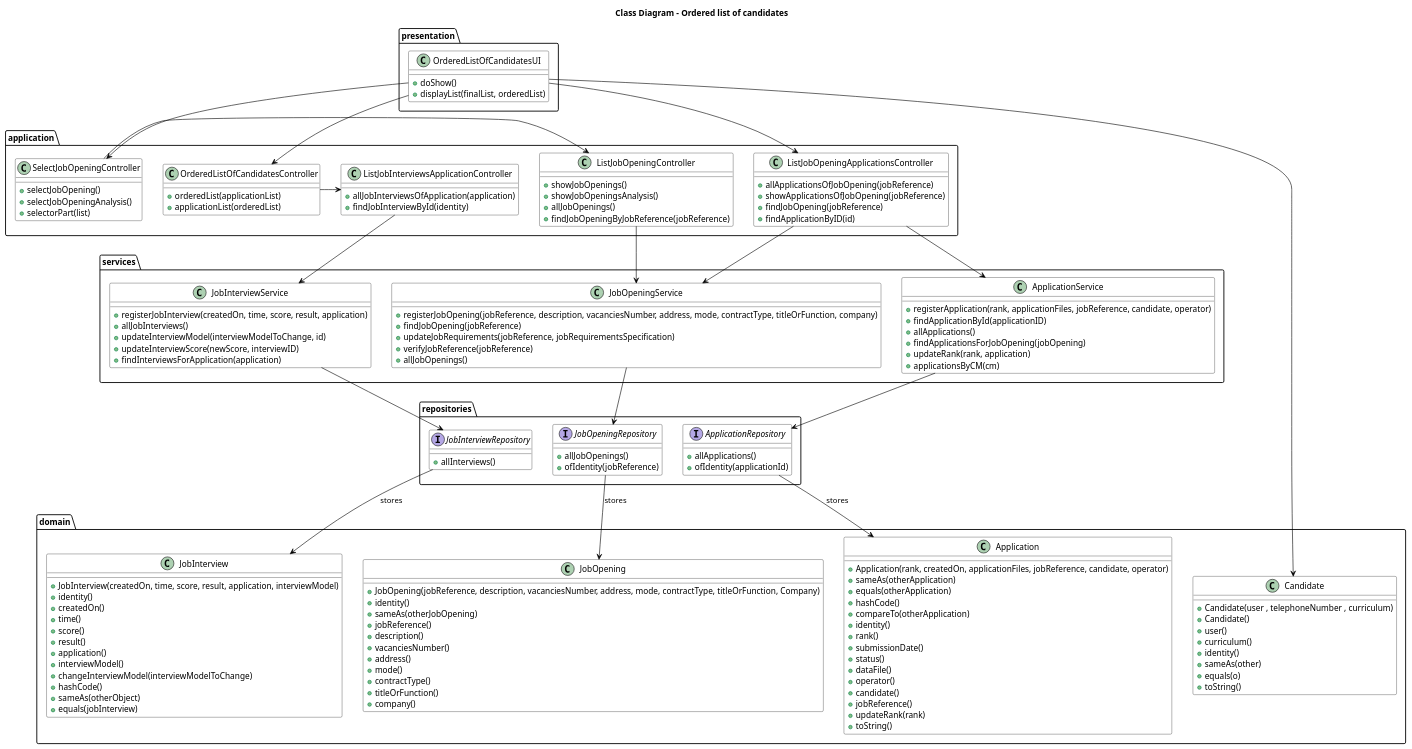
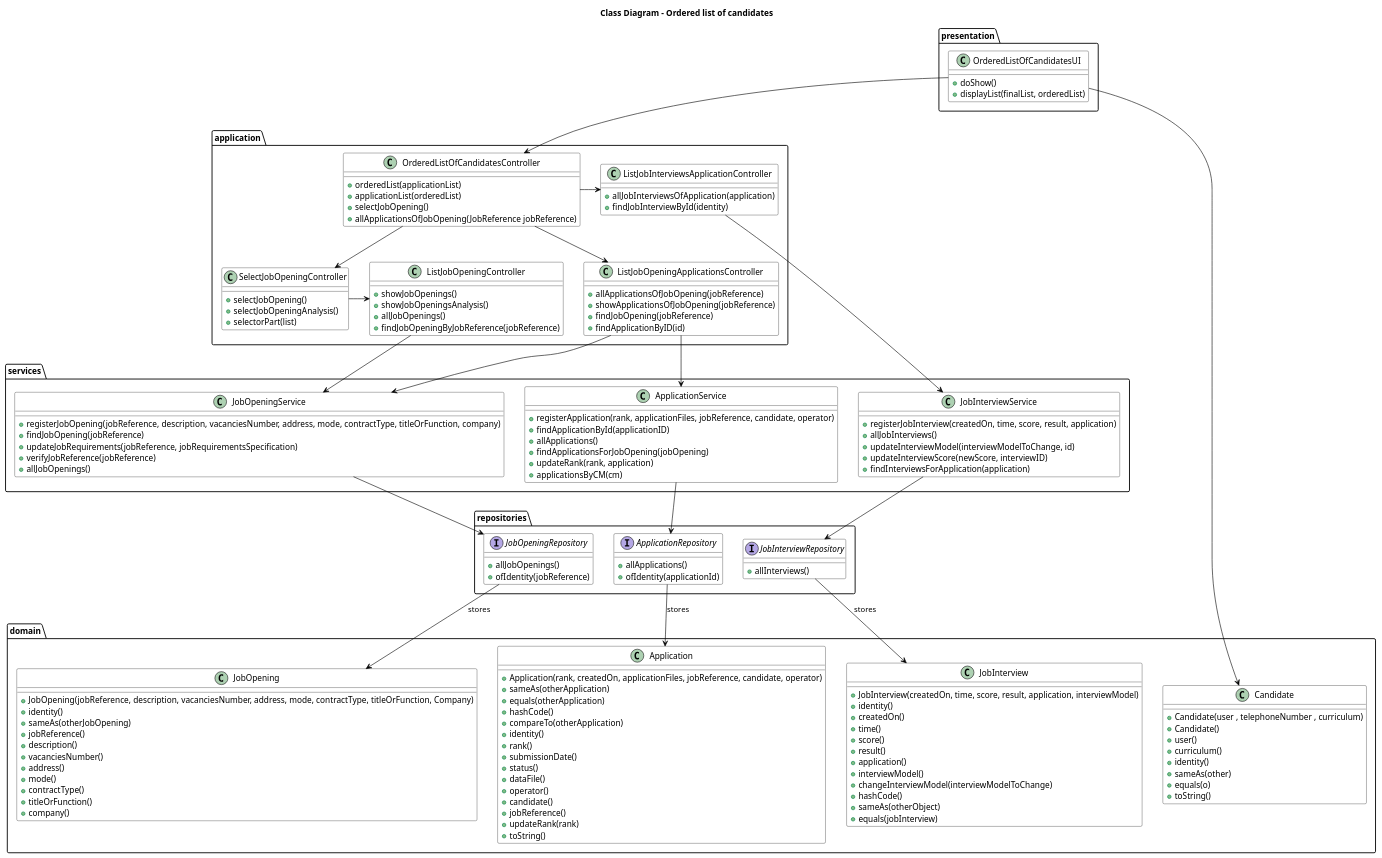
One commit to MiguelCardoso77/LAPR4 changed the diagram in docs/SprintC/10-ordered-list-of-candidates/class-diagram.puml. Above: the diagram before and after it, drawn with PlantUML. The commit also changed 6 other files, not shown here.

```diff
--- a/docs/SprintC/10-ordered-list-of-candidates/class-diagram.puml
+++ b/docs/SprintC/10-ordered-list-of-candidates/class-diagram.puml
@@ -1,182 +1,185 @@
 @startuml
 skinparam class {
     BackgroundColor White
     ArrowColor Black
     BorderColor Black
     FontColor Black
     FontSize 14
 }
 
 Title "Class Diagram - Ordered list of candidates"
 
 package "presentation" {
     class OrderedListOfCandidatesUI {
         + doShow()
         + displayList(finalList, orderedList)
     }
 }
 
 package "application" {
     class OrderedListOfCandidatesController {
         + orderedList(applicationList)
         + applicationList(orderedList)
+        + selectJobOpening()
+        + allApplicationsOfJobOpening(JobReference jobReference)
     }
 
     class SelectJobOpeningController {
         + selectJobOpening()
         + selectJobOpeningAnalysis()
         + selectorPart(list)
     }
 
     class ListJobOpeningApplicationsController {
         + allApplicationsOfJobOpening(jobReference)
         + showApplicationsOfJobOpening(jobReference)
         + findJobOpening(jobReference)
         + findApplicationByID(id)
     }
 
     class ListJobInterviewsApplicationController {
         + allJobInterviewsOfApplication(application)
         + findJobInterviewById(identity)
     }
 
 
     class ListJobOpeningController{
     + showJobOpenings()
     + showJobOpeningsAnalysis()
     + allJobOpenings()
     + findJobOpeningByJobReference(jobReference)
 
     }
 }
 
 
 package "services" {
     class ApplicationService {
         + registerApplication(rank, applicationFiles, jobReference, candidate, operator)
         + findApplicationById(applicationID)
         + allApplications()
         + findApplicationsForJobOpening(jobOpening)
         + updateRank(rank, application)
         + applicationsByCM(cm)
     }
 
     class JobOpeningService {
         + registerJobOpening(jobReference, description, vacanciesNumber, address, mode, contractType, titleOrFunction, company)
         + findJobOpening(jobReference)
         + updateJobRequirements(jobReference, jobRequirementsSpecification)
         + verifyJobReference(jobReference)
         + allJobOpenings()
     }
 
     class JobInterviewService {
         + registerJobInterview(createdOn, time, score, result, application)
         + allJobInterviews()
         + updateInterviewModel(interviewModelToChange, id)
         + updateInterviewScore(newScore, interviewID)
         + findInterviewsForApplication(application)
     }
 
 }
 
 package "repositories" {
     interface ApplicationRepository {
         + allApplications()
         + ofIdentity(applicationId)
     }
 
     interface JobOpeningRepository {
         + allJobOpenings()
         + ofIdentity(jobReference)
     }
 
     interface JobInterviewRepository {
         + allInterviews()
     }
 }
 
 package "domain" {
     class Application {
         + Application(rank, createdOn, applicationFiles, jobReference, candidate, operator)
         + sameAs(otherApplication)
         + equals(otherApplication)
         + hashCode()
         + compareTo(otherApplication)
         + identity()
         + rank()
         + submissionDate()
         + status()
         + dataFile()
         + operator()
         + candidate()
         + jobReference()
         + updateRank(rank)
         + toString()
     }
 
     class JobOpening {
         + JobOpening(jobReference, description, vacanciesNumber, address, mode, contractType, titleOrFunction, Company)
         + identity()
         + sameAs(otherJobOpening)
         + jobReference()
         + description()
         + vacanciesNumber()
         + address()
         + mode()
         + contractType()
         + titleOrFunction()
         + company()
     }
 
     class JobInterview {
         + JobInterview(createdOn, time, score, result, application, interviewModel)
         + identity()
         + createdOn()
         + time()
         + score()
         + result()
         + application()
         + interviewModel()
         + changeInterviewModel(interviewModelToChange)
         + hashCode()
         + sameAs(otherObject)
         + equals(jobInterview)
     }
 
     class Candidate {
         + Candidate(user , telephoneNumber , curriculum)
         + Candidate()
         + user()
         + curriculum()
         + identity()
         + sameAs(other)
         + equals(o)
         + toString()
 
     }
 }
 
 OrderedListOfCandidatesUI --> OrderedListOfCandidatesController
-OrderedListOfCandidatesUI --> SelectJobOpeningController
-OrderedListOfCandidatesUI --> ListJobOpeningApplicationsController
+
+OrderedListOfCandidatesController --> SelectJobOpeningController
+OrderedListOfCandidatesController --> ListJobOpeningApplicationsController
 
 OrderedListOfCandidatesUI ---> Candidate
 
 SelectJobOpeningController -> ListJobOpeningController
 
 OrderedListOfCandidatesController ->ListJobInterviewsApplicationController
 
 ListJobInterviewsApplicationController --> JobInterviewService
 ListJobOpeningApplicationsController --> JobOpeningService
 ListJobOpeningApplicationsController --> ApplicationService
 ListJobOpeningController -> JobOpeningService
 
 ApplicationService --> ApplicationRepository
 JobOpeningService --> JobOpeningRepository
 JobInterviewService --> JobInterviewRepository
 
 ApplicationRepository --> Application : stores
 JobOpeningRepository --> JobOpening : stores
 JobInterviewRepository --> JobInterview : stores
 
 @enduml
```
